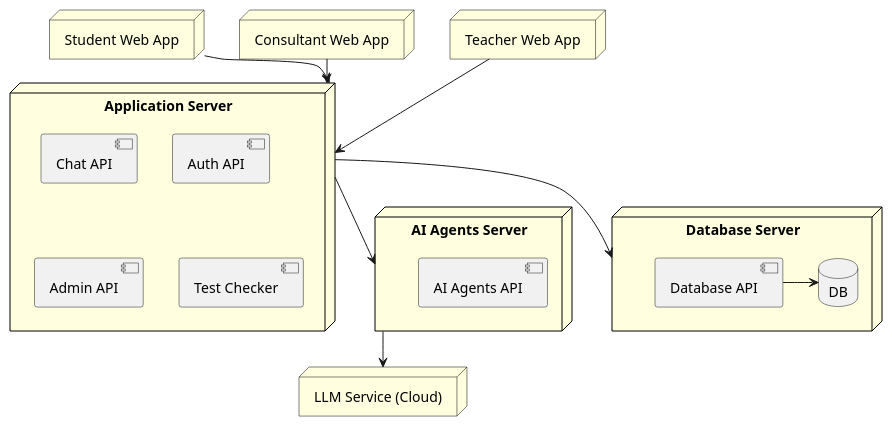
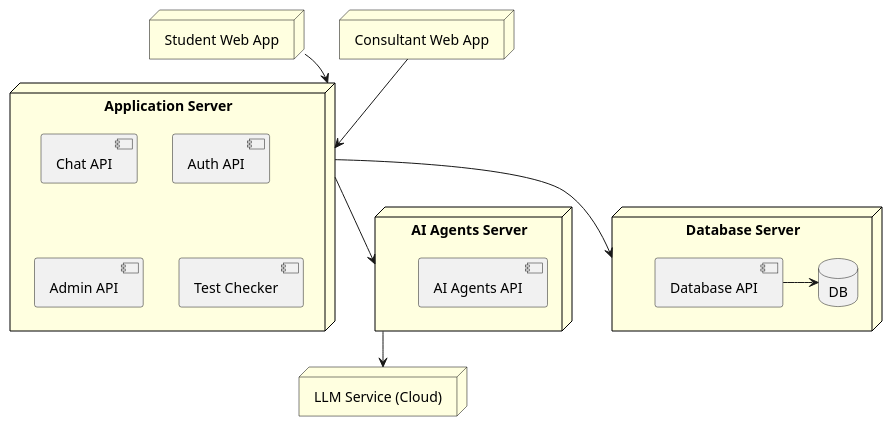
One commit to team8-2025-2026/AiAgents changed the diagram in diagrams/plantuml/deployment.plantuml. Above: the diagram before and after it, drawn with PlantUML. The commit also changed 9 other files, not shown here.

```diff
--- a/diagrams/plantuml/deployment.plantuml
+++ b/diagrams/plantuml/deployment.plantuml
@@ -1,46 +1,42 @@
 @startuml
 skinparam node {
   BackgroundColor LightYellow
   BorderColor Black
 }
 
 node "Student Web App" as StudentClient {
 }
 
 node "Consultant Web App" as ConsultantClient {
-}
-
-node "Teacher Web App" as TeacherClient {
 }
 
 node "Application Server" as AppServer {
   component "Chat API"
   component "Auth API"
   component "Admin API"
   component "Test Checker"
 }
 
 node "AI Agents Server" as AIAgentsServer {
   component "AI Agents API"
 }
 
 node "Database Server" as DatabaseServer {
   component "Database API" as DBAPI
   database DB
 }
 
 node "LLM Service (Cloud)" as LLMNode {
 }
 
 
 StudentClient       --> AppServer
-TeacherClient       --> AppServer
 ConsultantClient    --> AppServer
 
 AppServer       --> AIAgentsServer
 AppServer       --> DatabaseServer
 
 DBAPI -> DB
 
 AIAgentsServer  --> LLMNode
 @enduml
```
